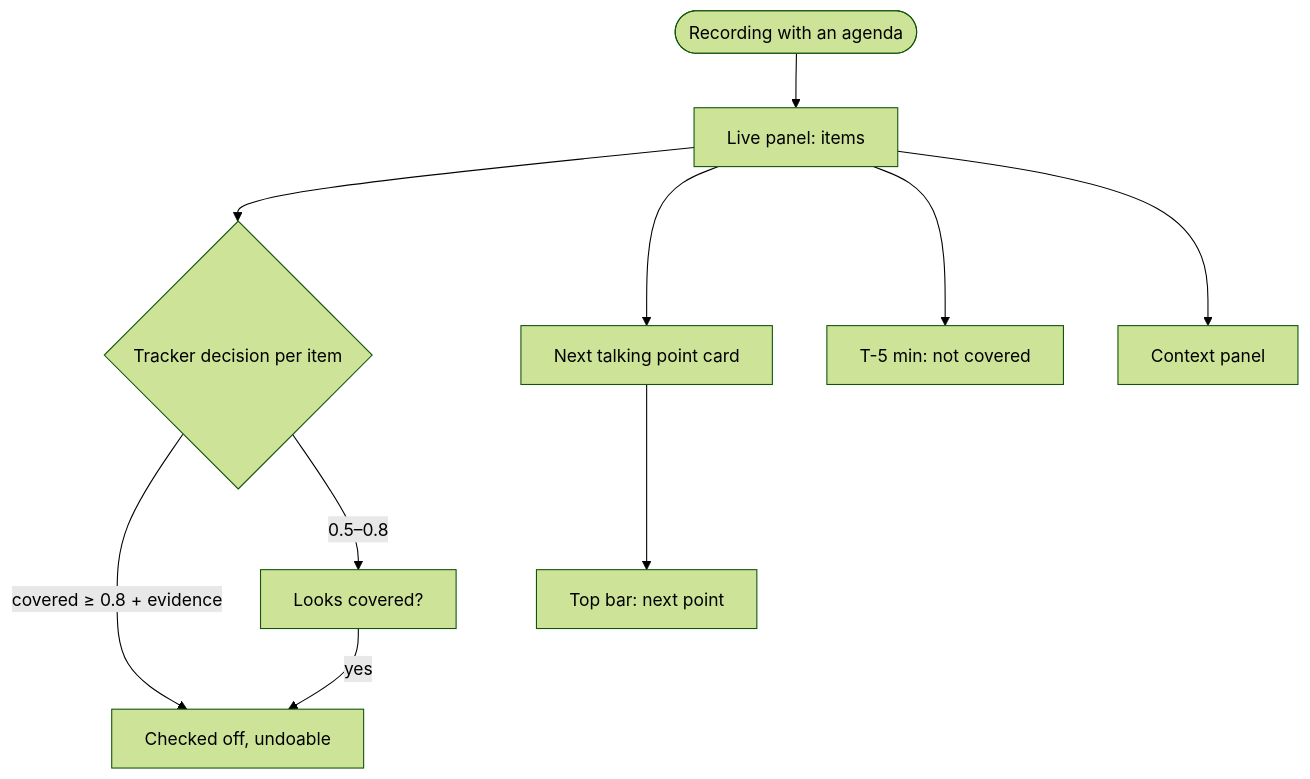
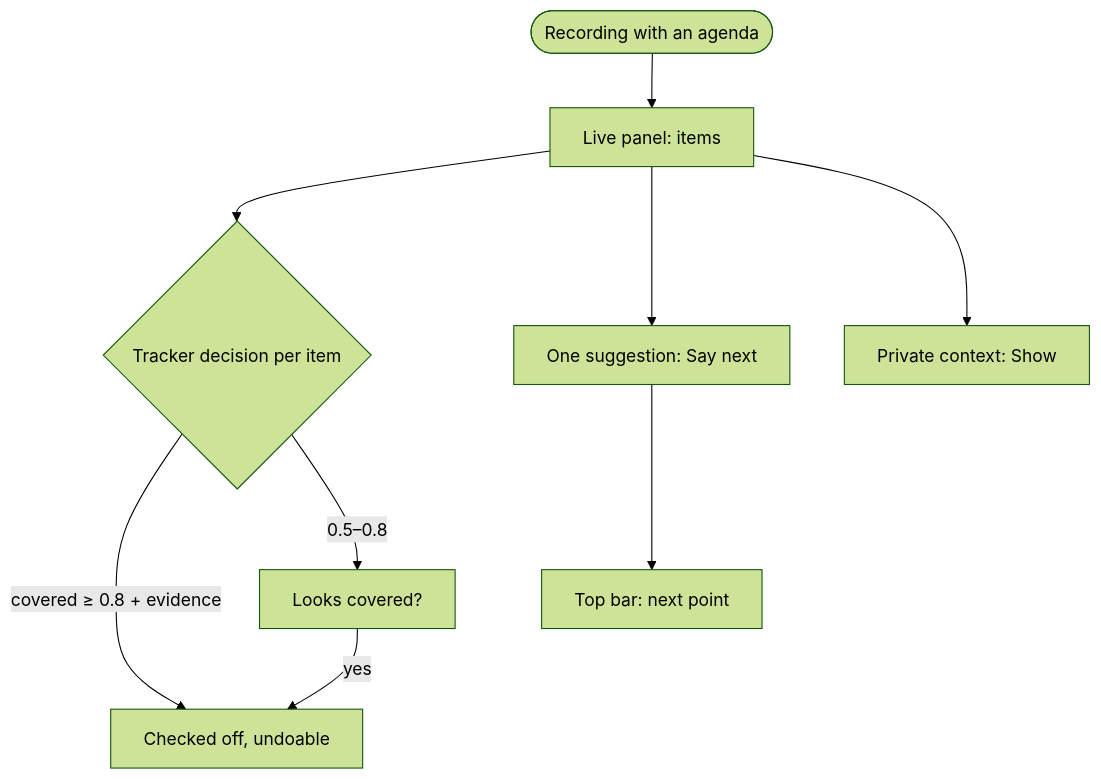
Before and after one commit to Kacper-Lubisz/kacola: diagram 39 of 44 in docs/user-stories.md, drawn with Mermaid (forest theme). The commit also changed other lines of this file and 45 other files, not shown here.

First line of the commit message:
Day: adopt the daemon's trust fixes — one Send the agenda action, actors' words, restorable item history, AI errors with one action, private meetings stay on this computer, what Ask sent where, moments over titles/notes/transcripts; window title kacola

````diff
--- a/docs/user-stories.md
+++ b/docs/user-stories.md
@@ -905,19 +942,17 @@
 ```mermaid
 flowchart TD
   A([Recording with an agenda]) --> B[Live panel: items]
   B --> C{Tracker decision per item}
   C -->|covered ≥ 0.8 + evidence| D[Checked off, undoable]
   C -->|0.5–0.8| E[Looks covered?]
   E -->|yes| D
-  B --> F[Next talking point card]
-  B --> G[T-5 min: not covered]
-  B --> H[Context panel]
+  B --> F[One suggestion: Say next]
+  B --> H[Private context: Show]
   F --> T[Top bar: next point]
   %% shot: B = agenda-live__panel__items
   %% shot: D = agenda-live__check-off__auto-covered
   %% shot: E = agenda-live__suggest__looks-covered
   %% shot: F = agenda-live__next-point__card
-  %% shot: G = agenda-live__time__not-covered
   %% shot: H = agenda-live__context__panel
   %% shot: T = agenda-live__topbar__next-point
 ```
````
